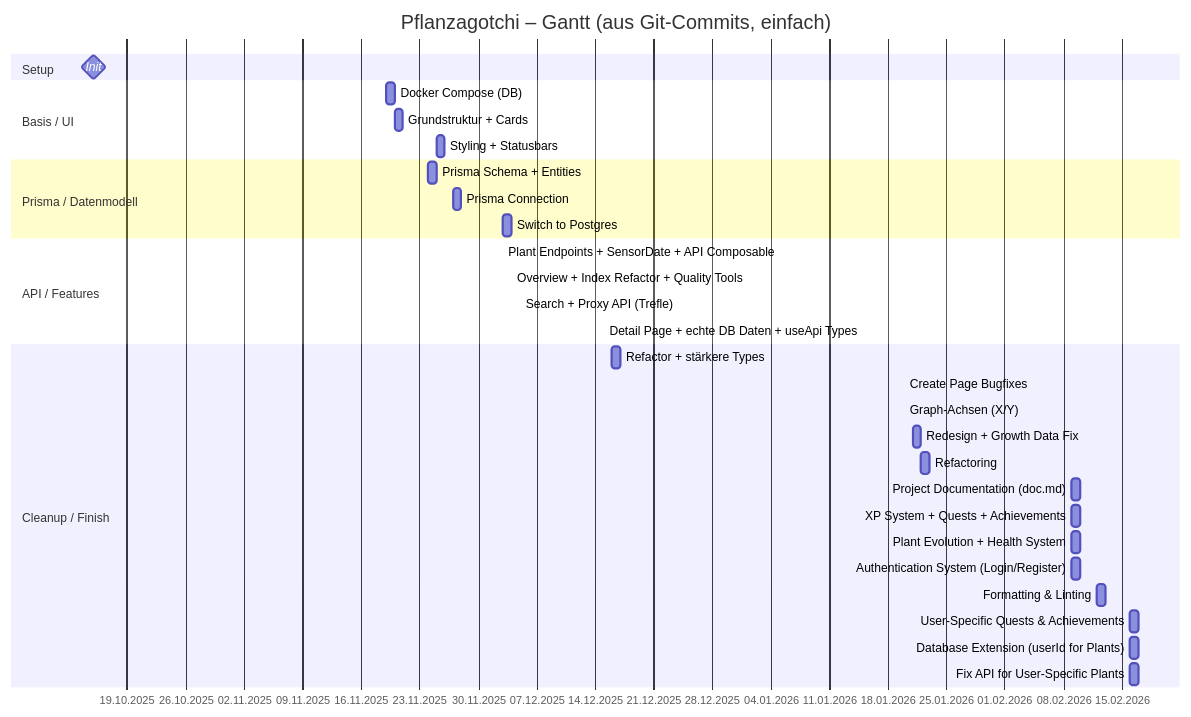
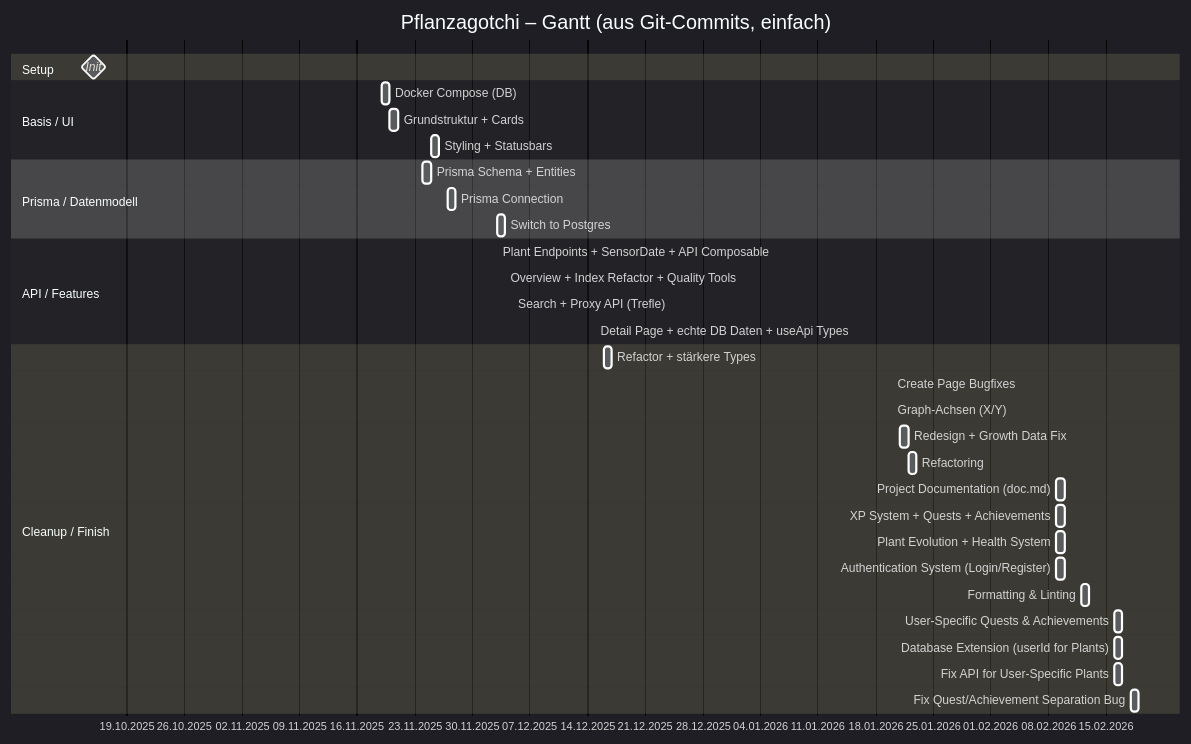
Before and after one commit to dominik-kretschmer/Pflanzagotchi: the diagram in gant.mmd, drawn with Mermaid. The commit also changed 5 other files, not shown here.

```diff
--- a/gant.mmd
+++ b/gant.mmd
@@ -1,38 +1,41 @@
+%%{init: {'theme':'dark', 'themeVariables': { 'fontSize':'16px', 'textColor':'#ffffff', 'primaryTextColor':'#ffffff', 'secondaryTextColor':'#ffffff', 'fontFamily':'arial'}}}%%
 gantt
     title Pflanzagotchi – Gantt (aus Git-Commits, einfach)
     dateFormat  YYYY-MM-DD
     axisFormat  %d.%m.%Y
+    todayMarker off
 
     section Setup
         Init :milestone, m1, 2025-10-15, 0d
 
     section Basis / UI
         Docker Compose (DB) :a1, 2025-11-19, 1d
         Grundstruktur + Cards :a2, 2025-11-20, 1d
         Styling + Statusbars :a3, 2025-11-25, 1d
 
     section Prisma / Datenmodell
         Prisma Schema + Entities :a4, 2025-11-24, 1d
         Prisma Connection :a5, 2025-11-27, 1d
         Switch to Postgres :a6, 2025-12-03, 1d
 
     section API / Features
         Plant Endpoints + SensorDate + API Composable :a7, 2025-12-03, 2025-12-03
         Overview + Index Refactor + Quality Tools :a8, 2025-12-04, 2025-12-04
         Search + Proxy API (Trefle) :a9, 2025-12-05, 2025-12-05
         Detail Page + echte DB Daten + useApi Types :a10, 2025-12-15, 2025-12-15
 
     section Cleanup / Finish
         Refactor + stärkere Types :a11, 2025-12-16, 2025-12-17
         Create Page Bugfixes :a12, 2026-01-20, 2026-01-20
         Graph-Achsen (X/Y) :a13, 2026-01-20, 2026-01-20
         Redesign + Growth Data Fix :a14, 2026-01-21, 1d
         Refactoring :a15, 2026-01-22, 1d
         Project Documentation (doc.md) :a16, 2026-02-09, 1d
         XP System + Quests + Achievements :a17, 2026-02-09, 2026-02-10
         Plant Evolution + Health System :a18, 2026-02-09, 1d
         Authentication System (Login/Register) :a19, 2026-02-09, 1d
         Formatting & Linting :a20, 2026-02-12, 1d
         User-Specific Quests & Achievements :a21, 2026-02-16, 1d
         Database Extension (userId for Plants) :a22, 2026-02-16, 1d
         Fix API for User-Specific Plants :a23, 2026-02-16, 1d
+        Fix Quest/Achievement Separation Bug :a24, 2026-02-18, 1d
```
